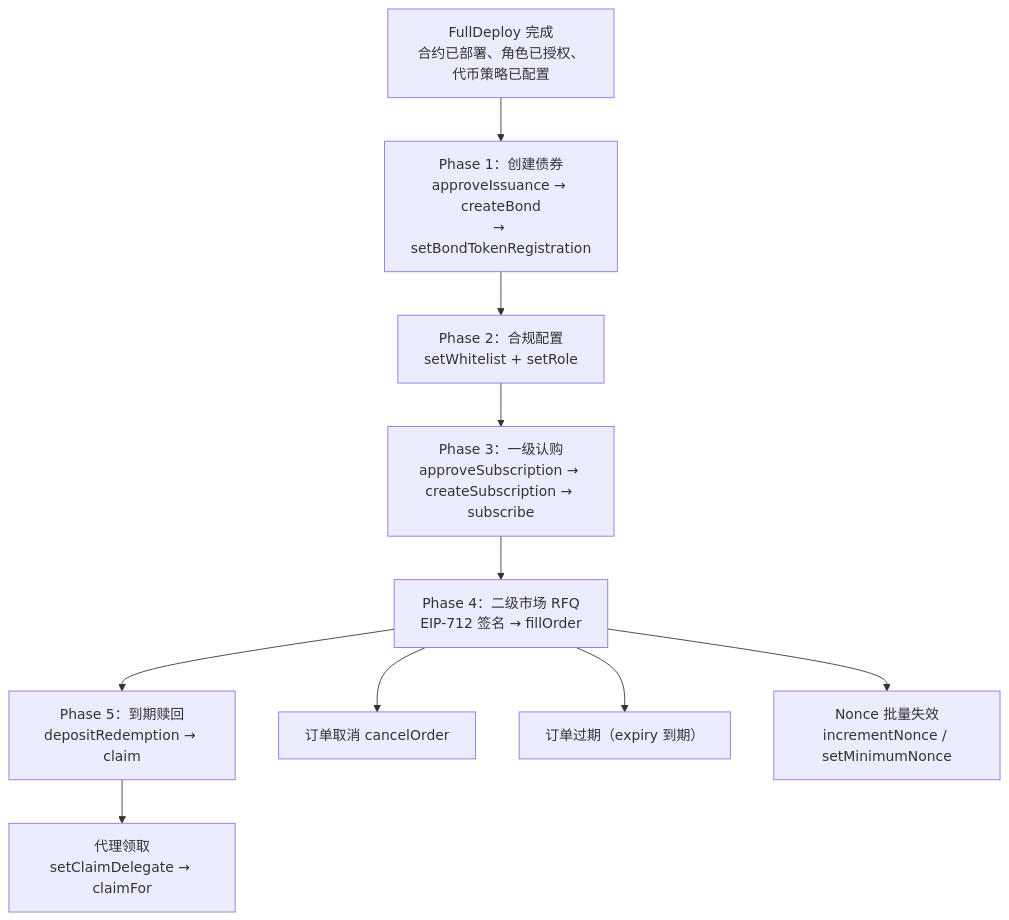
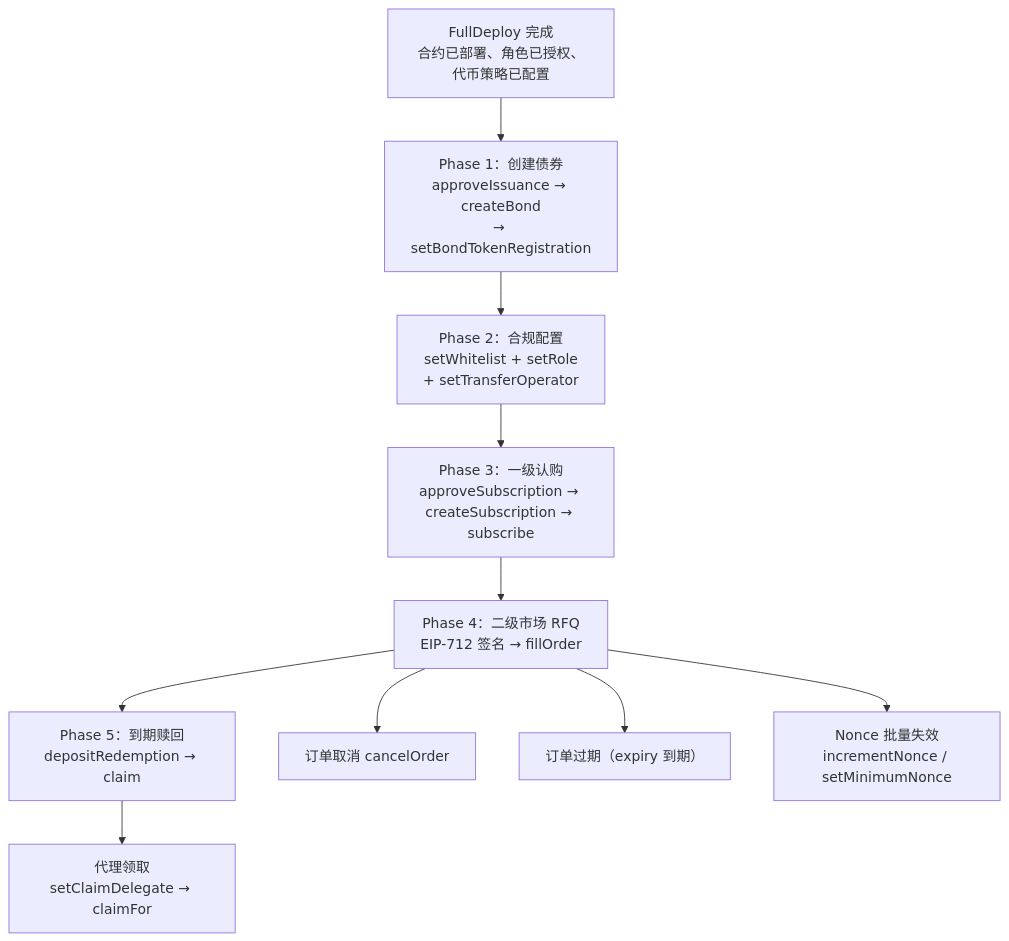
The diagram in docs/部署后操作手册.md (HashKeyChain/BondDEX-RFQ-SmartContracts), drawn with Mermaid before and after one commit. The commit also changed other lines of this file and 25 other files, not shown here.

````diff
--- a/docs/部署后操作手册.md
+++ b/docs/部署后操作手册.md
@@ -9,13 +9,13 @@
 ```mermaid
 flowchart TD
   Deploy["FullDeploy 完成<br/>合约已部署、角色已授权、代币策略已配置"]
   Deploy --> Phase1["Phase 1：创建债券<br/>approveIssuance → createBond<br/>→ setBondTokenRegistration"]
-  Phase1 --> Phase2["Phase 2：合规配置<br/>setWhitelist + setRole"]
+  Phase1 --> Phase2["Phase 2：合规配置<br/>setWhitelist + setRole<br/>+ setTransferOperator"]
   Phase2 --> Phase3["Phase 3：一级认购<br/>approveSubscription → createSubscription → subscribe"]
   Phase3 --> Phase4["Phase 4：二级市场 RFQ<br/>EIP-712 签名 → fillOrder"]
   Phase4 --> Phase5["Phase 5：到期赎回<br/>depositRedemption → claim"]
   Phase4 --> Phase4a["订单取消 cancelOrder"]
   Phase4 --> Phase4b["订单过期（expiry 到期）"]
   Phase4 --> Phase4c["Nonce 批量失效<br/>incrementNonce / setMinimumNonce"]
   Phase5 --> Phase5a["代理领取<br/>setClaimDelegate → claimFor"]
 ```
````
